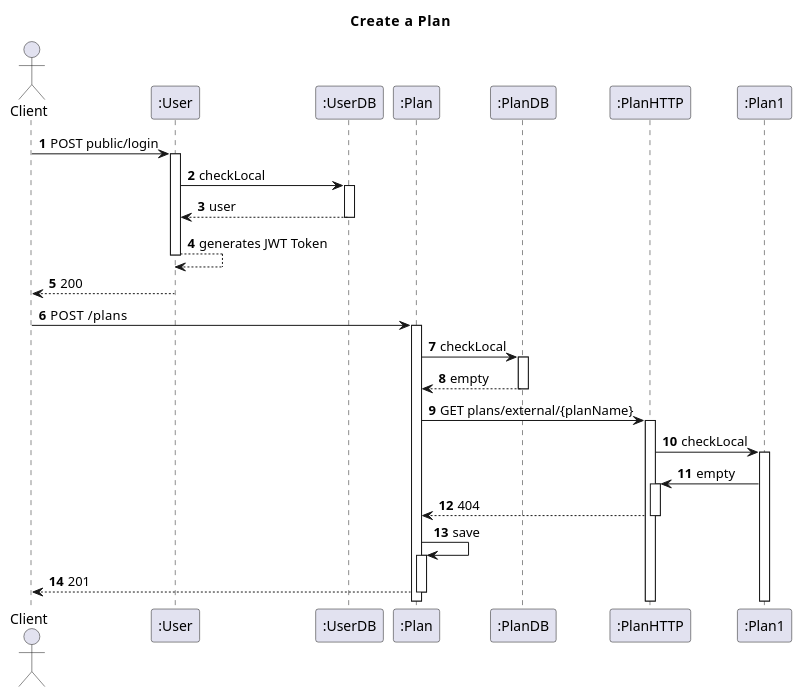
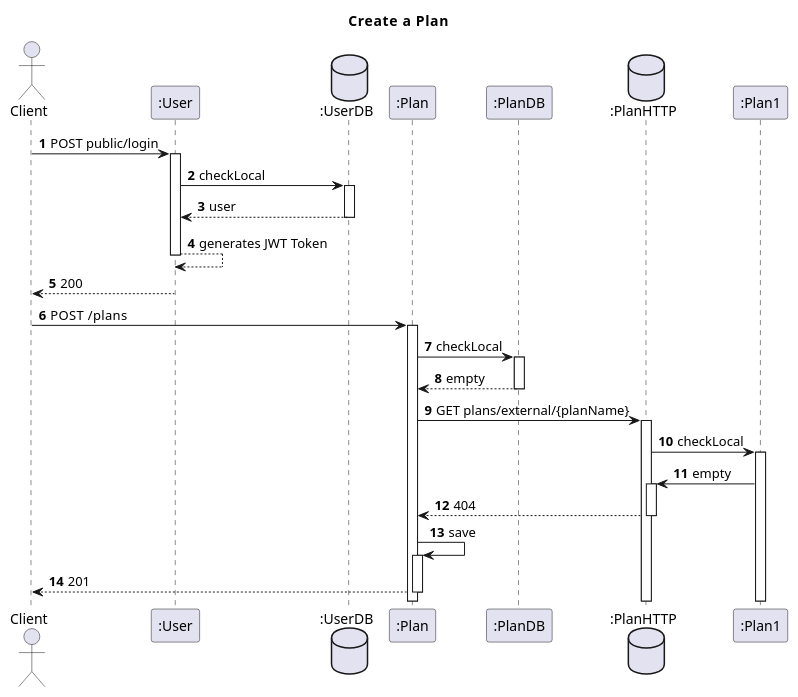
One commit to IsepMartimOliveira/SIDIS changed the diagram in docs_sidis/Plans/Vista_Logica/N3/UserPlanInteractionCreate.puml. Above: the diagram before and after it, drawn with PlantUML. The commit also changed 3 other files, not shown here.

```diff
--- a/docs_sidis/Plans/Vista_Logica/N3/UserPlanInteractionCreate.puml
+++ b/docs_sidis/Plans/Vista_Logica/N3/UserPlanInteractionCreate.puml
@@ -1,39 +1,39 @@
 @startuml
 'https://plantuml.com/sequence-diagram
 autoactivate on
 autonumber
 title  Create  a  Plan
 
 autonumber
 
 actor "Client" as Ac
 participant ":User" as User
-participant ":UserDB" as Udb
+database ":UserDB" as Udb
 
 participant ":Plan" as Plan
 participant ":PlanDB" as PDB
-participant ":PlanHTTP" as PHTTP
+database ":PlanHTTP" as PHTTP
 participant ":Plan1" as Plan1
 
 
 
 Ac->User: POST public/login
 User->Udb:checkLocal
 Udb-->User:user
 User-->User:generates JWT Token
 User-->Ac:200
 Ac->Plan:POST  /plans
 Plan->PDB:checkLocal
 PDB-->Plan:empty
 
 Plan->PHTTP:GET plans/external/{planName}
 PHTTP->Plan1:checkLocal
 Plan1->PHTTP:empty
 PHTTP-->Plan:404
 Plan->Plan:save
 Plan-->Ac:201
 
 
 
 
 @enduml
```
